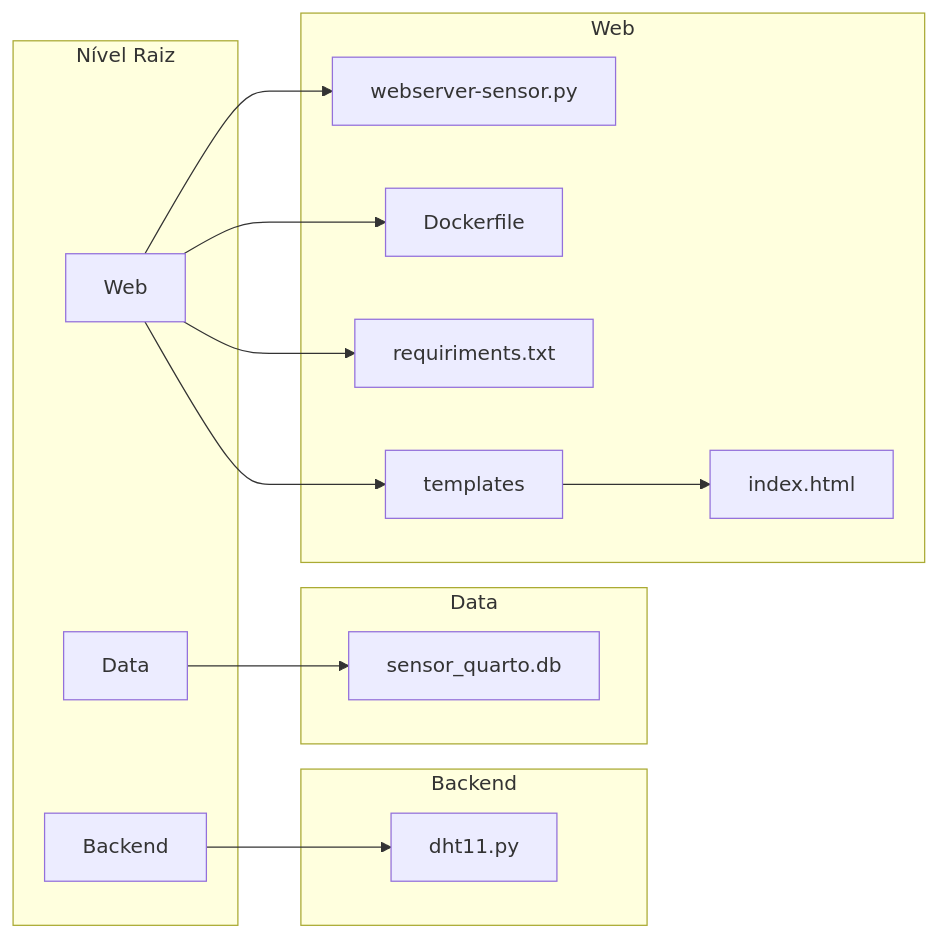
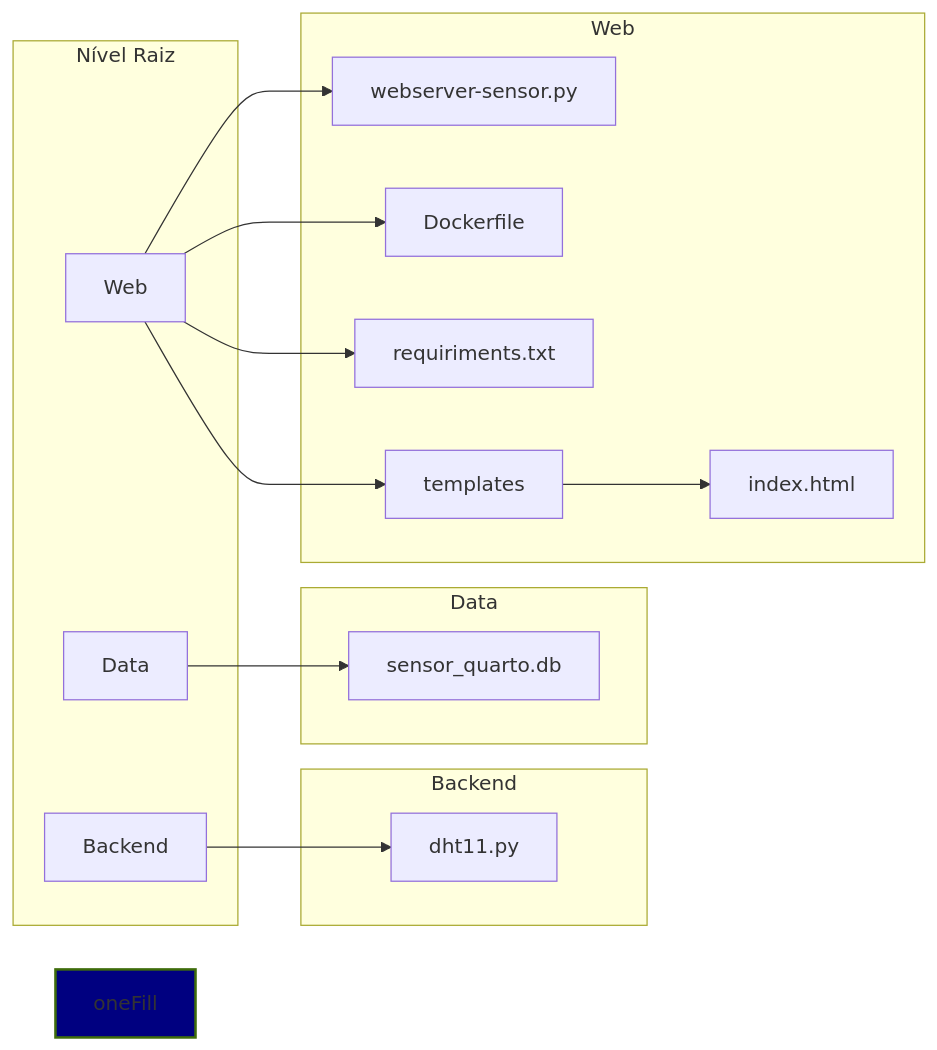
One commit to EngNunes/sensor-temp-dht11 changed the diagram in readme.md. Above: the diagram before and after it, drawn with Mermaid.

Commit message:
add colors

````diff
--- a/readme.md
+++ b/readme.md
@@ -4,34 +4,36 @@
 ```mermaid 
 graph LR
   subgraph Nível Raiz
     data[Data]
     web[Web]
     backend[Backend]
   end
 
   subgraph Backend
+    style oneFill fill:#FFFF00,stroke:#3E6C0A,stroke-width:2px
     dht11.py[dht11.py]
   end
 
   subgraph Data
     sensor_quarto.db[sensor_quarto.db]
   end
 
   subgraph Web
+    style oneFill fill:#000080,stroke:#3E6C0A,stroke-width:2px
     webserver-sensor.py[webserver-sensor.py]
     dockerfile[Dockerfile]
     requiriments.txt[requiriments.txt]
     templates[templates]
     index.html[index.html]
     
   end
 
 
   data --> sensor_quarto.db
   web --> webserver-sensor.py
   web --> dockerfile
   web --> requiriments.txt
   web --> templates
   backend --> dht11.py
   templates --> index.html
 ```
````
